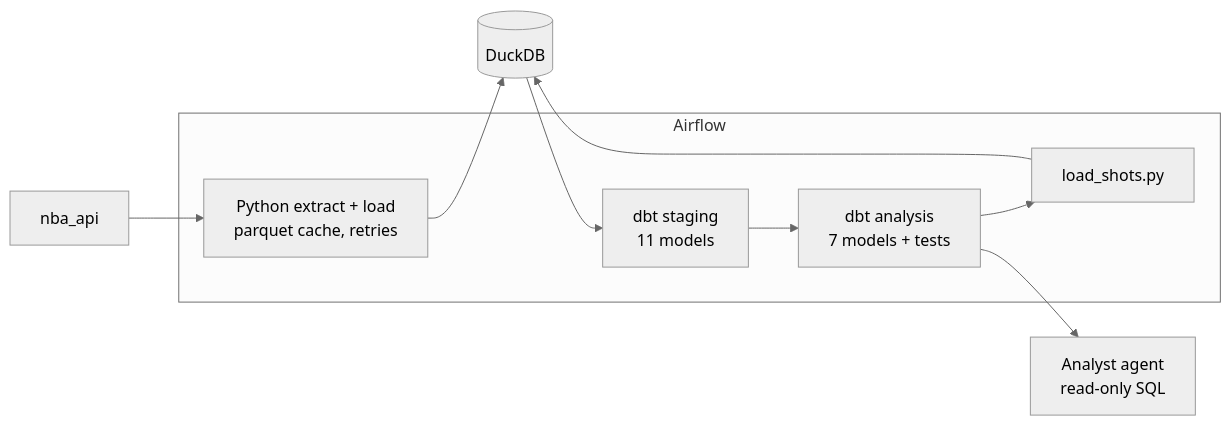
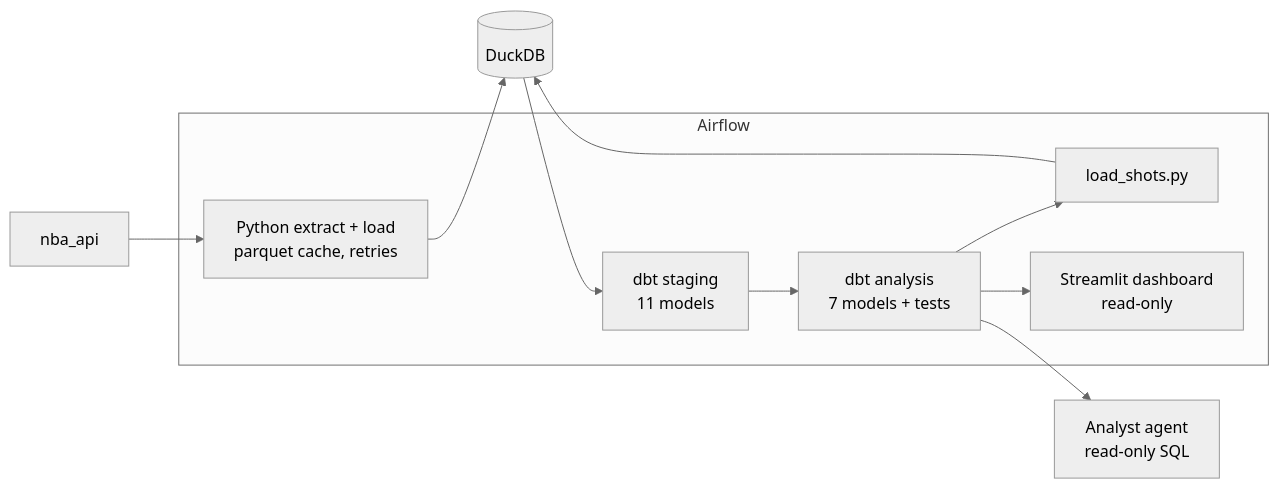
Before and after one commit to DanielBubalo/nba-clutch-reputation-data-eng: the first of 2 diagrams in README.md, drawn with Mermaid (neutral theme). The commit also changed other lines of this file and 2 other files, not shown here.

Commit message:
README: dashboard section, screenshots, architecture and structure updates

````diff
--- a/README.md
+++ b/README.md
@@ -17,16 +18,17 @@
 ```mermaid
 flowchart LR
     API[nba_api] --> EL[Python extract + load<br/>parquet cache, retries]
     EL --> DB[(DuckDB)]
     DB --> STG[dbt staging<br/>11 models]
     STG --> AN[dbt analysis<br/>7 models + tests]
     AN --> SHOTS[load_shots.py]
     SHOTS --> DB
     AN --> AGENT[Analyst agent<br/>read-only SQL]
     subgraph Airflow
+    AN --> DASH[Streamlit dashboard<br/>read-only]
         EL
         STG
         AN
         SHOTS
     end
 ```
````
